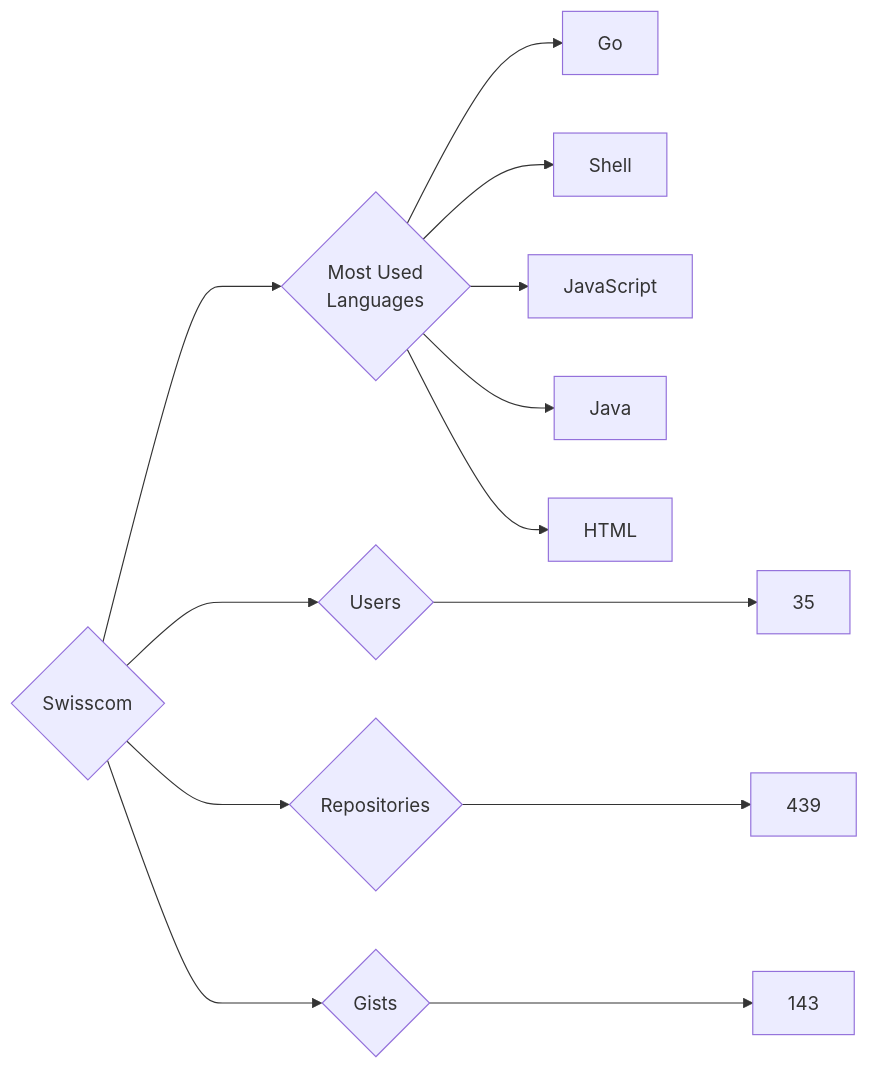
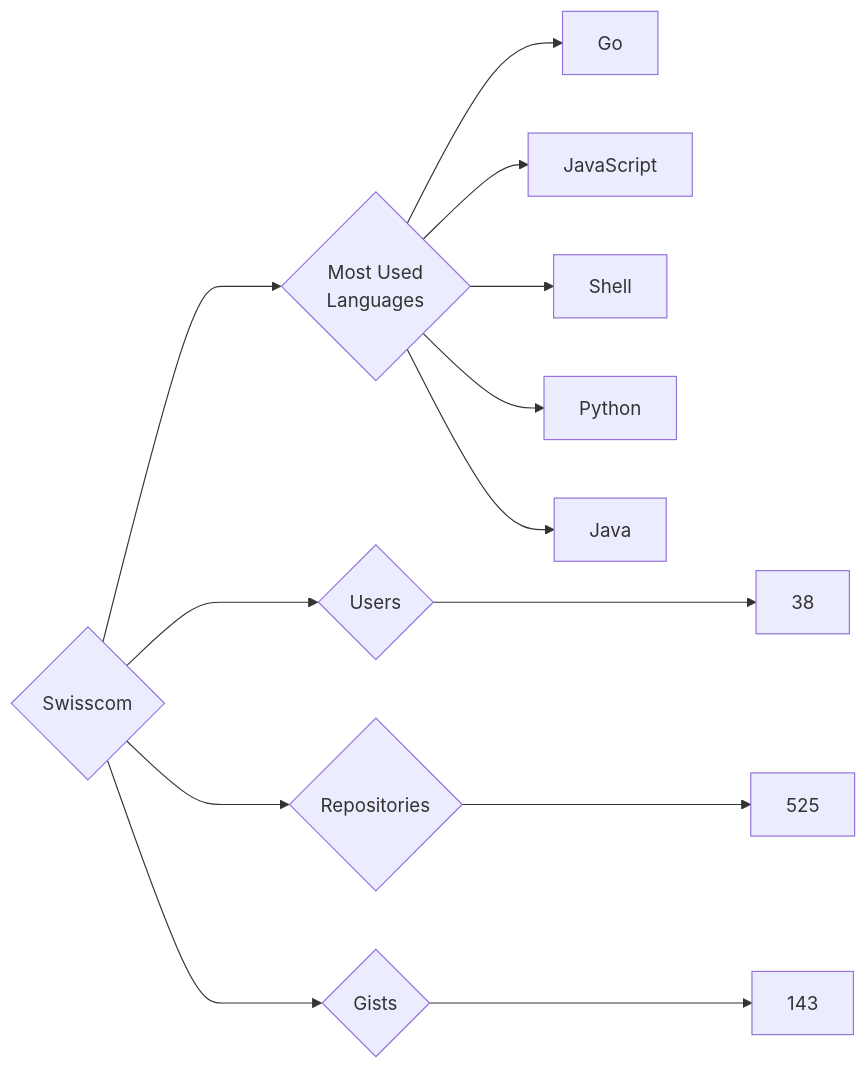
The diagram in targets/Swisscom/README.md (trickest/insiders), drawn with Mermaid before and after one commit. The commit also changed 682 other files, not shown here.

````diff
--- a/targets/Swisscom/README.md
+++ b/targets/Swisscom/README.md
@@ -3,13 +3,13 @@
 ```mermaid
 graph LR
 COMPANY_NAME{Swisscom}
-COMPANY_NAME ---> U{Users} ---> UN[35]
-COMPANY_NAME ---> R{Repositories} ---> RN[439]
+COMPANY_NAME ---> U{Users} ---> UN[38]
+COMPANY_NAME ---> R{Repositories} ---> RN[525]
 COMPANY_NAME ---> G{Gists} ---> GN[143]
 COMPANY_NAME ---> ML{Most Used<br>Languages}
 ML --> Go[Go]
+ML --> JavaScript[JavaScript]
 ML --> Shell[Shell]
-ML --> JavaScript[JavaScript]
+ML --> Python[Python]
 ML --> Java[Java]
-ML --> HTML[HTML]
 ```
````
